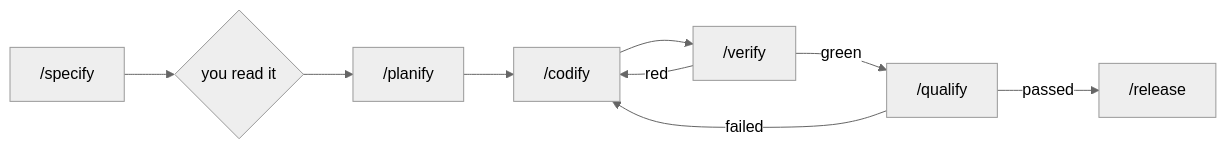
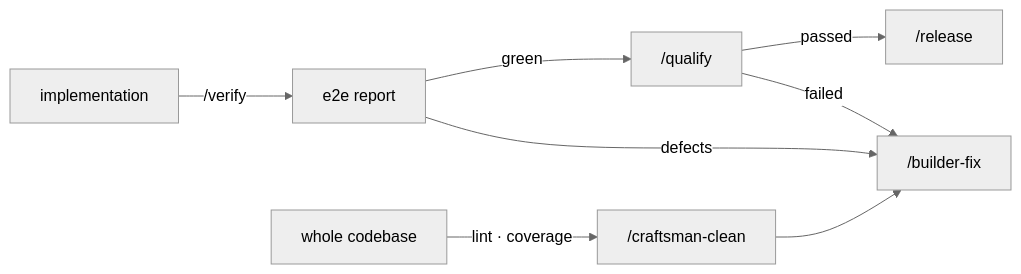
Before and after one commit to AIDDbot/AIDDbot: the fourth of 4 diagrams in docs/AIDD.workflow.md, drawn with Mermaid (neutral theme). The commit also changed other lines of this file and 4 other files, not shown here.

````diff
--- a/docs/AIDD.workflow.md
+++ b/docs/AIDD.workflow.md
@@ -69,11 +98,10 @@
 ```mermaid
 flowchart LR
-  SPEC["/specify"] --> CHECK{you read it}
-  CHECK --> PLAN["/planify"]
-  PLAN --> CODE["/codify"]
-  CODE --> VER["/verify"]
-  VER -->|red| CODE
+  CODE[implementation] -->|/verify| VER[e2e report]
+  VER -->|defects| FIX["/builder-fix"]
   VER -->|green| QLF["/qualify"]
-  QLF -->|failed| CODE
+  QLF -->|failed| FIX
   QLF -->|passed| REL["/release"]
+  BASE[whole codebase] -->|lint · coverage| CLEAN["/craftsman-clean"]
+  CLEAN --> FIX
 ```
````
